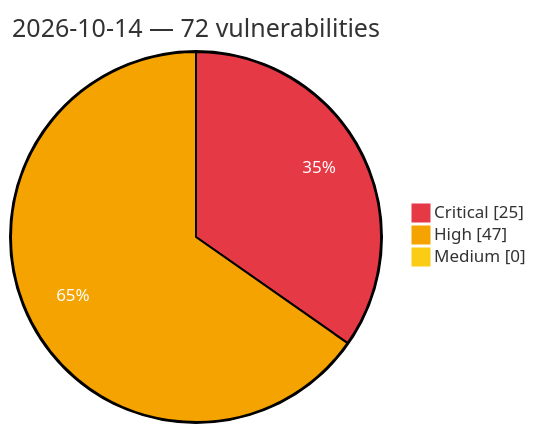
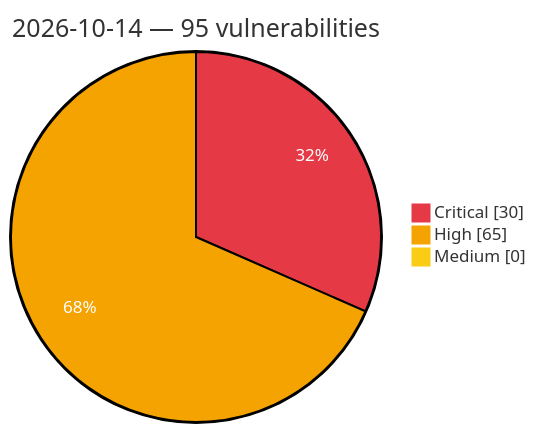
The diagram in vulnerabilities/2026/October/2026-10-14.md (GhostX0X/vuln-tracker), drawn with Mermaid before and after one commit. The commit also changed other lines of this file and 5 other files, not shown here.

Commit message:
Auto update: critical/high vulns (2026-10-14 22:28 UTC)

````diff
--- a/vulnerabilities/2026/October/2026-10-14.md
+++ b/vulnerabilities/2026/October/2026-10-14.md
@@ -3,8 +3,8 @@
 ```mermaid
 %%{init: {'theme':'base', 'themeVariables': {'pie1':'#e63946', 'pie2':'#f4a300', 'pie3':'#facc15', 'pieOpacity':'1', 'pieOuterStrokeWidth':'2px', 'pieSectionTextColor':'#ffffff'}}}%%
 pie showData
-    title 2026-10-14 — 72 vulnerabilities
-    "Critical" : 25
-    "High" : 47
+    title 2026-10-14 — 95 vulnerabilities
+    "Critical" : 30
+    "High" : 65
     "Medium" : 0
 ```
````
